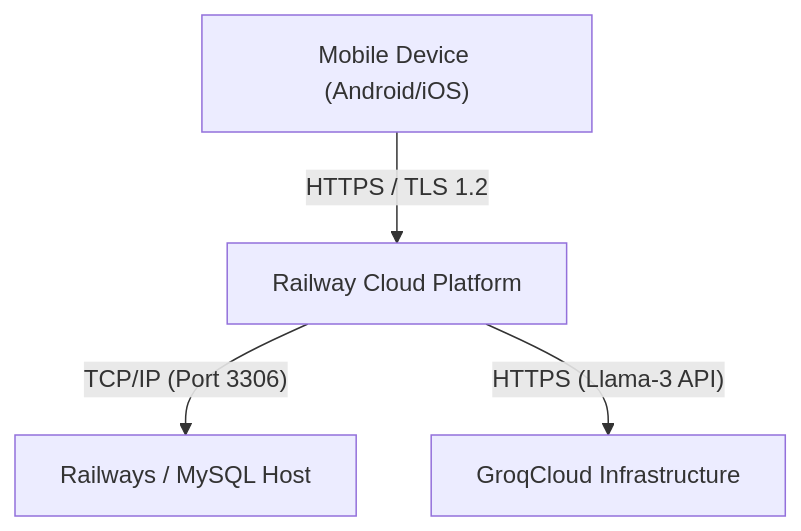
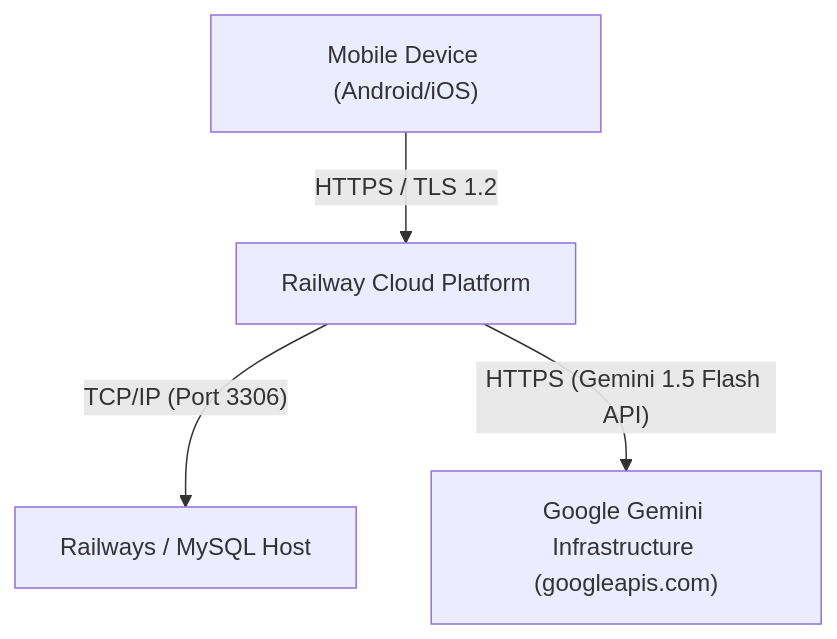
One commit to mediaibuitems-ui/Medi-AI_B_F changed the seventh of 20 diagrams in Medi_AI_Backend_railway/thesis/Medi-AI_Thesis.md. Above: the diagram before and after it, drawn with Mermaid. The commit also changed other lines of this file, not shown here.

Commit message:
fix: replace all GroqCloud/Llama-3 with Google Gemini 1.5 Flash (confirmed active Railway API key); fix SmarterASP -> Railway in tech stack; fix AI route /api/AI/analyze -> /api/analyzer/evaluate throughout thesis

````diff
--- a/Medi_AI_Backend_railway/thesis/Medi-AI_Thesis.md
+++ b/Medi_AI_Backend_railway/thesis/Medi-AI_Thesis.md
@@ -745,11 +743,11 @@
 ```mermaid
 flowchart TD
     node1["Mobile Device (Android/iOS)"]
     node2["Railway Cloud Platform"]
     node3["Railways / MySQL Host"]
-    node4["GroqCloud Infrastructure"]
+    node4["Google Gemini Infrastructure (googleapis.com)"]
 
     node1 -->|"HTTPS / TLS 1.2"| node2
     node2 -->|"TCP/IP (Port 3306)"| node3
-    node2 -->|"HTTPS (Llama-3 API)"| node4
+    node2 -->|"HTTPS (Gemini 1.5 Flash API)"| node4
 ```
````
